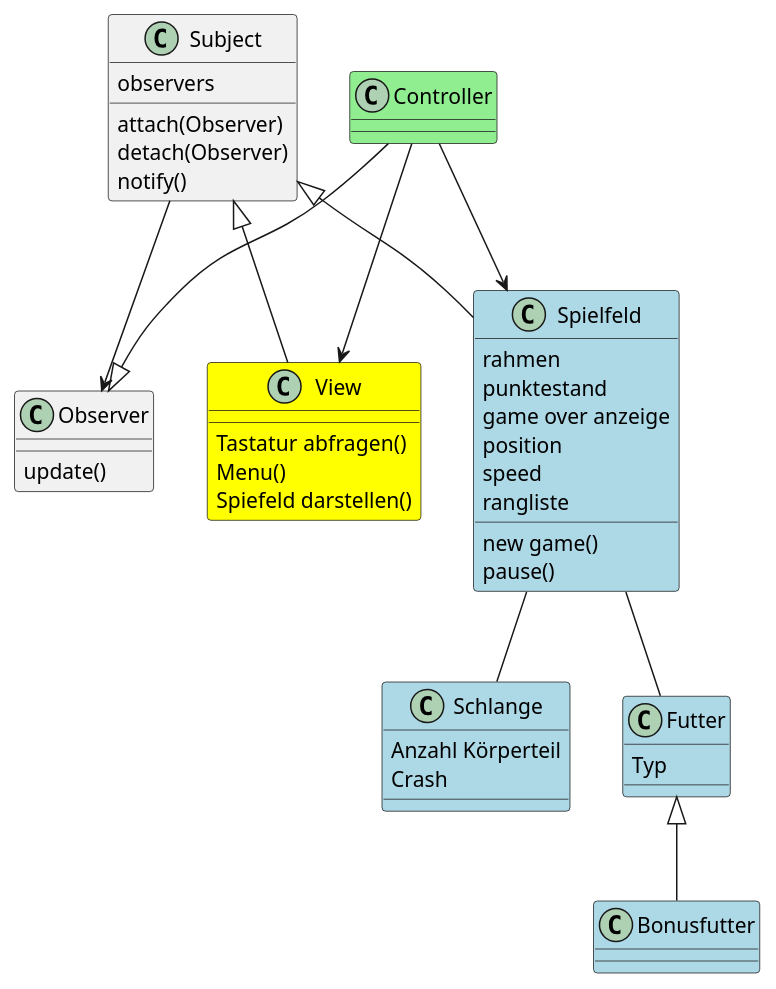
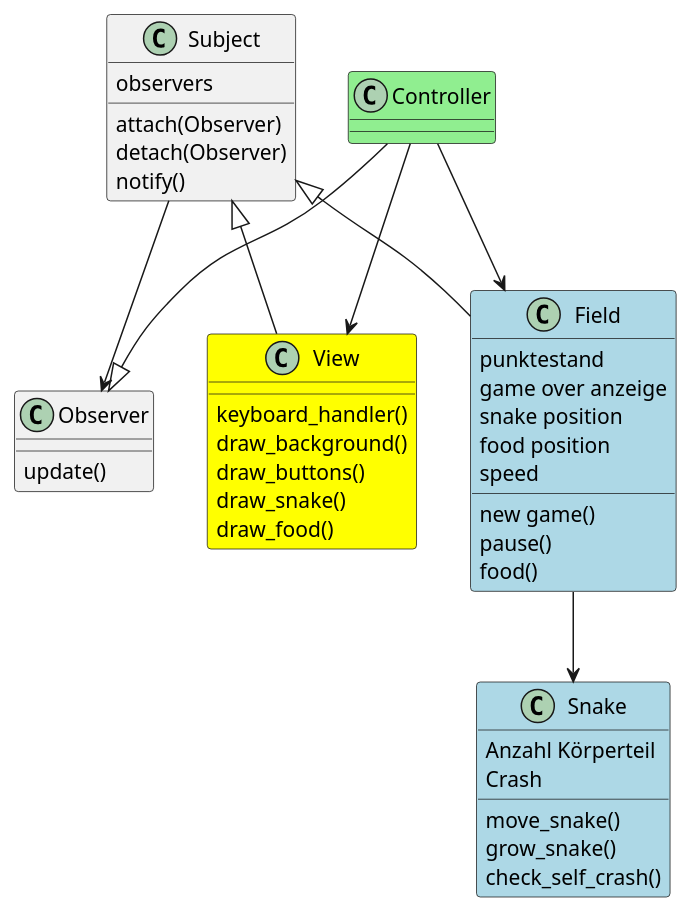
Before and after one commit to PFOTeko/Projektarbeit: the diagram in Klasse.puml, drawn with PlantUML.

Commit message:
update Klassendiagramm

```diff
--- a/Klasse.puml
+++ b/Klasse.puml
@@ -1,59 +1,52 @@
 @startuml
 
 class Subject {
     observers
     attach(Observer)
     detach(Observer)
     notify()
 }
 
 class Observer {
     update()
 }
 
 class View #yellow{
-
-
-Tastatur abfragen()
-Menu()
-Spiefeld darstellen()
-
+keyboard_handler()
+draw_background()
+draw_buttons()
+draw_snake()
+draw_food()
 }
 
 class Controller #lightgreen{
 
 }
 
-class Schlange #lightblue{
+class Snake #lightblue{
 Anzahl Körperteil
 Crash
+move_snake()
+grow_snake()
+check_self_crash()
 }
 
-class Futter #lightblue{
-Typ
-}
-
-class Bonusfutter #lightblue{
-}
-
-class Spielfeld #lightblue{
-rahmen
+class Field #lightblue{
 new game()
 pause()
 punktestand
 game over anzeige
-position
+snake position
+food position
 speed
-rangliste
+food()
 }
 
-Spielfeld -- Schlange
-Spielfeld -- Futter
-Futter <|-- Bonusfutter
-Subject <|-- Spielfeld
+Field --> Snake
+Subject <|-- Field
 Subject --> Observer
 Subject <|-- View
 Controller --|> Observer
 Controller --> View
-Controller --> Spielfeld
+Controller --> Field
 @enduml
```
